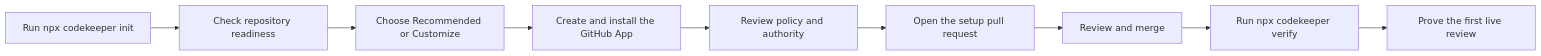
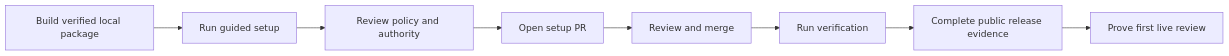
One commit to coryparrry/Codekeeper changed the first of 2 diagrams in README.md. Above: the diagram before and after it, drawn with Mermaid. The commit also changed other lines of this file and 6 other files, not shown here.

````diff
--- a/README.md
+++ b/README.md
@@ -98,11 +64,10 @@
 ```mermaid
 flowchart LR
-    A["Run npx codekeeper init"] --> B["Check repository readiness"]
-    B --> C["Choose Recommended or Customize"]
-    C --> D["Create and install the GitHub App"]
-    D --> E["Review policy and authority"]
-    E --> F["Open the setup pull request"]
-    F --> G["Review and merge"]
-    G --> H["Run npx codekeeper verify"]
-    H --> I["Prove the first live review"]
+    A["Build verified local package"] --> B["Run guided setup"]
+    B --> C["Review policy and authority"]
+    C --> D["Open setup PR"]
+    D --> E["Review and merge"]
+    E --> F["Run verification"]
+    F --> G["Complete public release evidence"]
+    G --> H["Prove first live review"]
 ```
````
